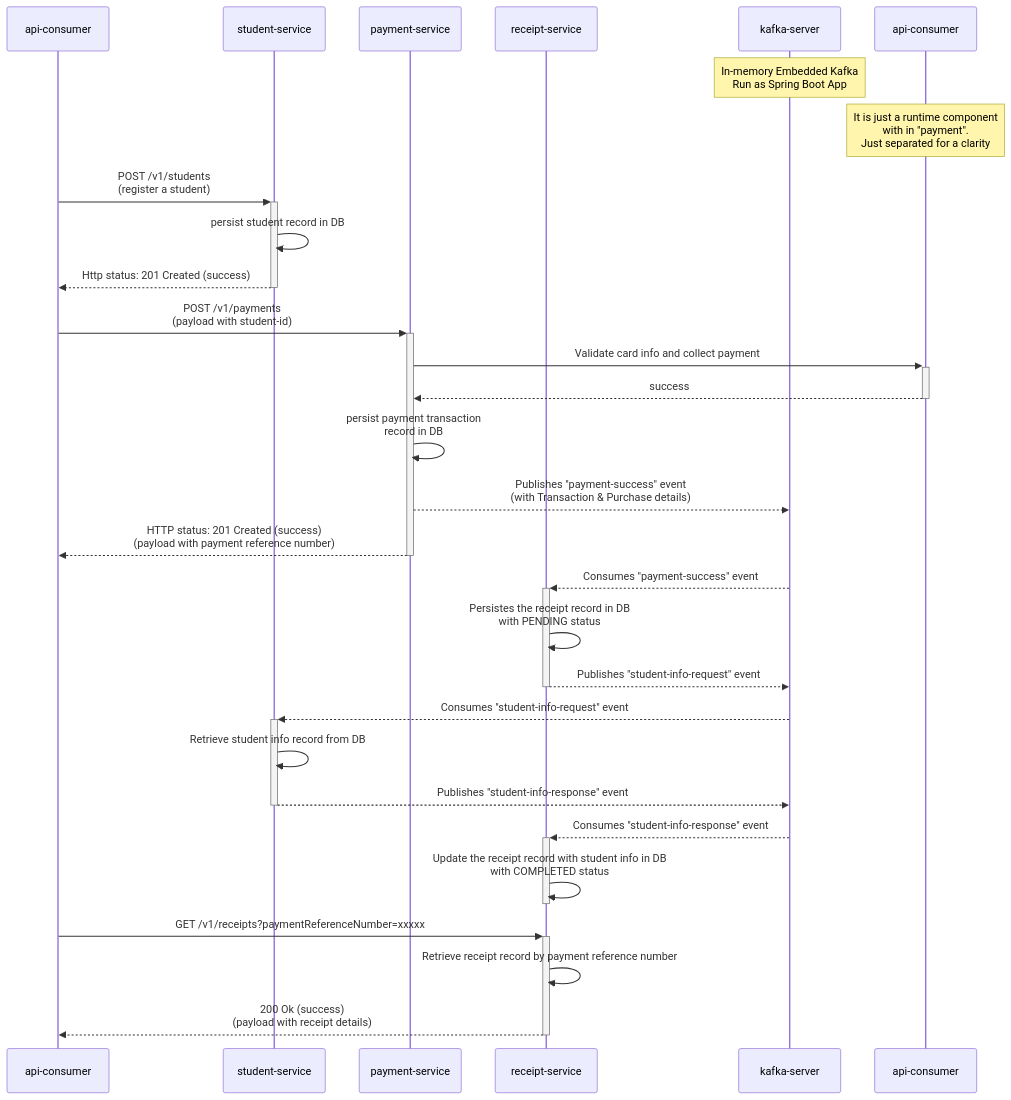
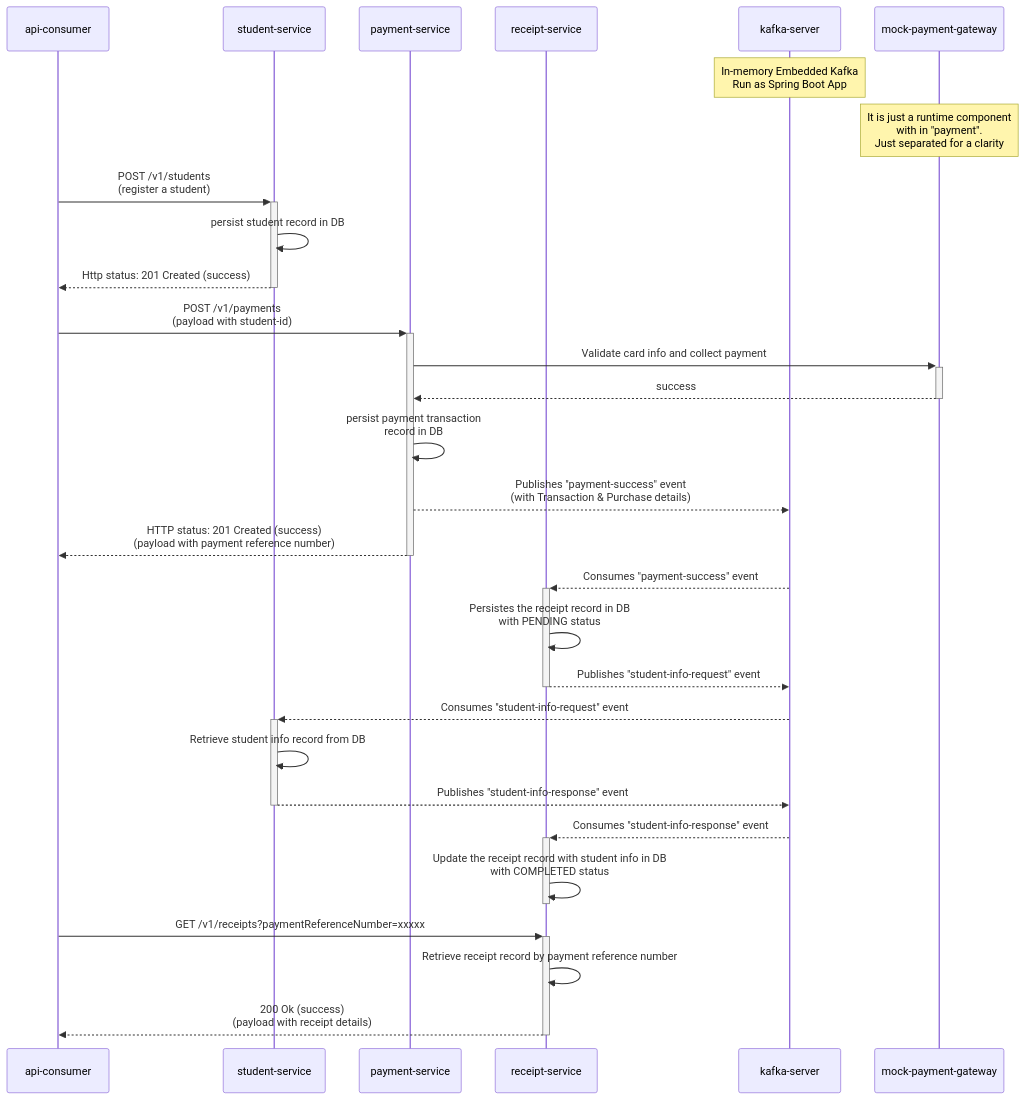
Before and after one commit to karthikairam/payment-system-using-ddd: the diagram in README.md, drawn with Mermaid.

Commit message:
typo fix

````diff
--- a/README.md
+++ b/README.md
@@ -74,36 +74,36 @@
 ```mermaid
 sequenceDiagram
     participant api as api-consumer
     participant student as student-service
     participant payment as payment-service
     participant receipt as receipt-service
     participant kafka as kafka-server
-    participant mpg as api-consumer
+    participant mpg as mock-payment-gateway
     
     Note over kafka: In-memory Embedded Kafka <br/> Run as Spring Boot App
     Note over mpg: It is just a runtime component <br/>with in "payment".<br/> Just separated for a clarity
     
     api->>+student: POST /v1/students <br/>(register a student)
         student->>student: persist student record in DB
     student-->>-api: Http status: 201 Created (success)
     
     api->>+payment: POST /v1/payments <br/>(payload with student-id)
         payment->>+mpg: Validate card info and collect payment
         mpg-->>-payment: success
         payment->>payment: persist payment transaction <br/> record in DB
         payment-->>kafka: Publishes "payment-success" event <br/> (with Transaction & Purchase details)
     payment-->>-api: HTTP status: 201 Created (success) <br/>(payload with payment reference number)
     
     kafka-->>+receipt: Consumes "payment-success" event
         receipt->>receipt: Persistes the receipt record in DB <br/> with PENDING status
         receipt-->>-kafka: Publishes "student-info-request" event
             kafka-->>+student: Consumes "student-info-request" event
                 student->>student: Retrieve student info record from DB
                 student-->>-kafka: Publishes "student-info-response" event
                     kafka-->>+receipt: Consumes "student-info-response" event
                         receipt->>-receipt: Update the receipt record with student info in DB <br/> with COMPLETED status
                         
     api->>+receipt: GET /v1/receipts?paymentReferenceNumber=xxxxx
         receipt->>receipt: Retrieve receipt record by payment reference number
     receipt-->>-api: 200 Ok (success) <br/> (payload with receipt details)
 ```
````
